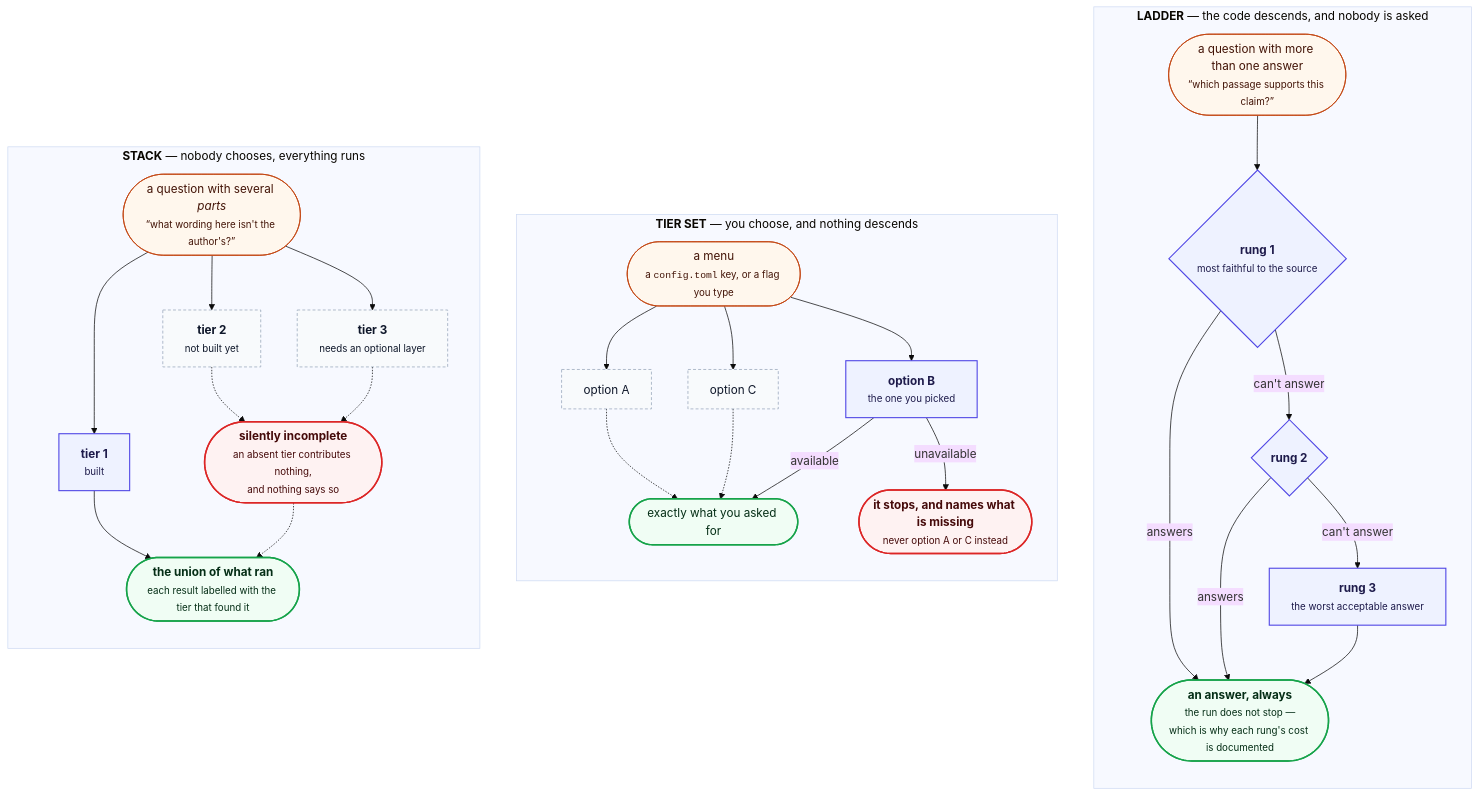
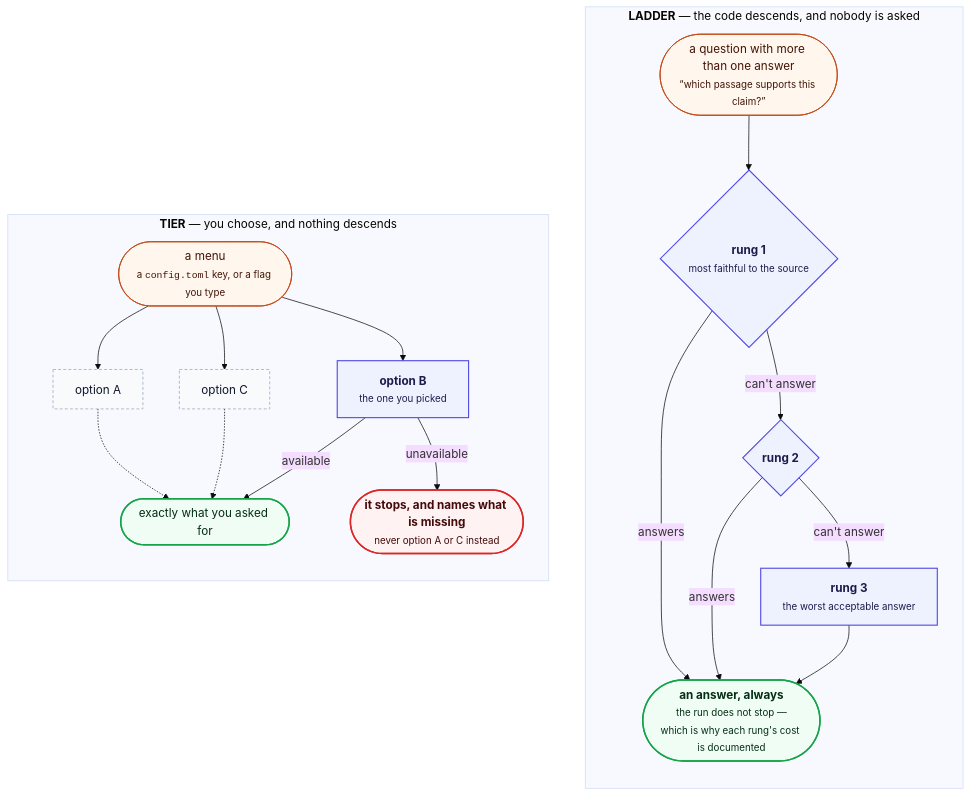
One commit to prasadtalasila/chitragupta changed the first of 3 diagrams in docs/LADDERS.md. Above: the diagram before and after it, drawn with Mermaid (base theme). The commit also changed other lines of this file and 6 other files, not shown here.

````diff
--- a/docs/LADDERS.md
+++ b/docs/LADDERS.md
@@ -111,60 +85,45 @@
 ```mermaid
 flowchart TB
 
   subgraph LAD["<b>LADDER</b> — the code descends, and nobody is asked"]
     direction TB
     LQ(["a question with more than one answer<br/><small>“which passage supports this claim?”</small>"])
     L1{"<b>rung 1</b><br/><small>most faithful to the source</small>"}
     L2{"<b>rung 2</b>"}
     L3["<b>rung 3</b><br/><small>the worst acceptable answer</small>"]
     LA(["<b>an answer, always</b><br/><small>the run does not stop —<br/>which is why each rung's cost is documented</small>"])
     LQ --> L1
     L1 -- "answers" --> LA
     L1 -- "can't answer" --> L2
     L2 -- "answers" --> LA
     L2 -- "can't answer" --> L3
     L3 --> LA
   end
 
-  subgraph TIE["<b>TIER SET</b> — you choose, and nothing descends"]
+  subgraph TIE["<b>TIER</b> — you choose, and nothing descends"]
     direction TB
     TQ(["a menu<br/><small>a <code>config.toml</code> key, or a flag you type</small>"])
     T1["option A"]
     T2["<b>option B</b><br/><small>the one you picked</small>"]
     T3["option C"]
     TOK(["exactly what you asked for"])
     TNO(["<b>it stops, and names what is missing</b><br/><small>never option A or C instead</small>"])
     TQ --> T1 & T2 & T3
     T1 -.-> TOK
     T3 -.-> TOK
     T2 -- "available" --> TOK
     T2 -- "unavailable" --> TNO
   end
 
-  subgraph STK["<b>STACK</b> — nobody chooses, everything runs"]
-    direction TB
-    SQ(["a question with several <i>parts</i><br/><small>“what wording here isn't the author's?”</small>"])
-    S1["<b>tier 1</b><br/><small>built</small>"]
-    S2["<b>tier 2</b><br/><small>not built yet</small>"]
-    S3["<b>tier 3</b><br/><small>needs an optional layer</small>"]
-    SA(["<b>the union of what ran</b><br/><small>each result labelled with the tier that found it</small>"])
-    SNO(["<b>silently incomplete</b><br/><small>an absent tier contributes nothing,<br/>and nothing says so</small>"])
-    SQ --> S1 & S2 & S3
-    S1 --> SA
-    S2 -.-> SNO
-    S3 -.-> SNO
-    SNO -.-> SA
-  end
-
   classDef q fill:#fff7ed,stroke:#c2410c,color:#431407
   classDef rung fill:#eef2ff,stroke:#4f46e5,stroke-width:1.5px,color:#1e1b4b
   classDef good fill:#f0fdf4,stroke:#16a34a,stroke-width:2px,color:#052e16
   classDef stop fill:#fef2f2,stroke:#dc2626,stroke-width:2px,color:#450a0a
   classDef dim fill:#f8fafc,stroke:#94a3b8,stroke-dasharray:4 3,color:#0f172a
 
-  class LQ,TQ,SQ q
-  class L1,L2,L3,T2,S1 rung
-  class LA,TOK,SA good
-  class TNO,SNO stop
-  class T1,T3,S2,S3 dim
+  class LQ,TQ q
+  class L1,L2,L3,T2 rung
+  class LA,TOK good
+  class TNO stop
+  class T1,T3 dim
 ```
````
